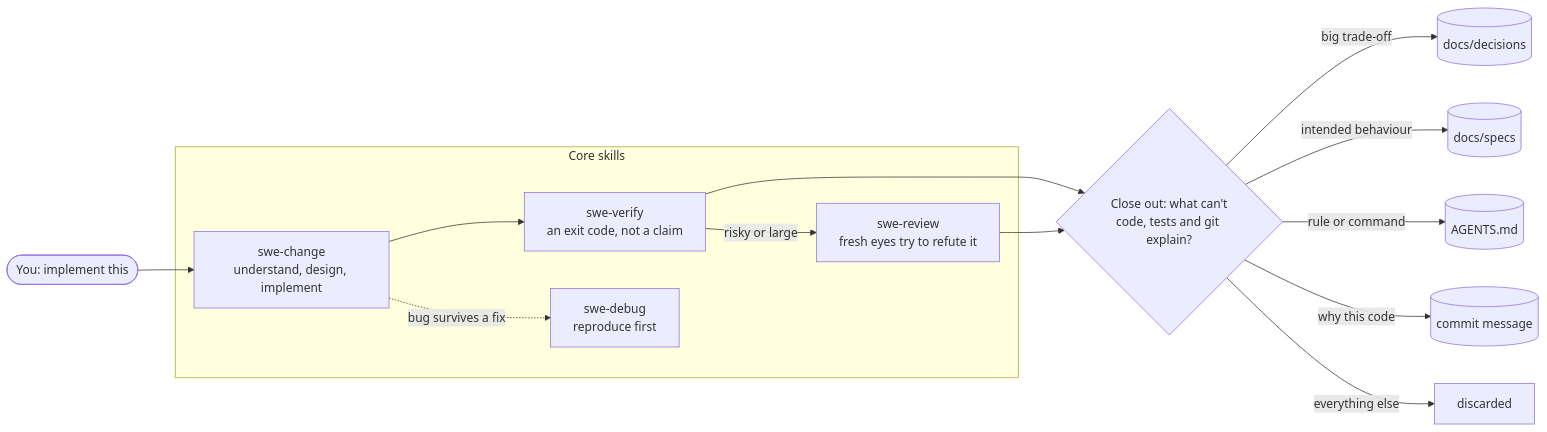
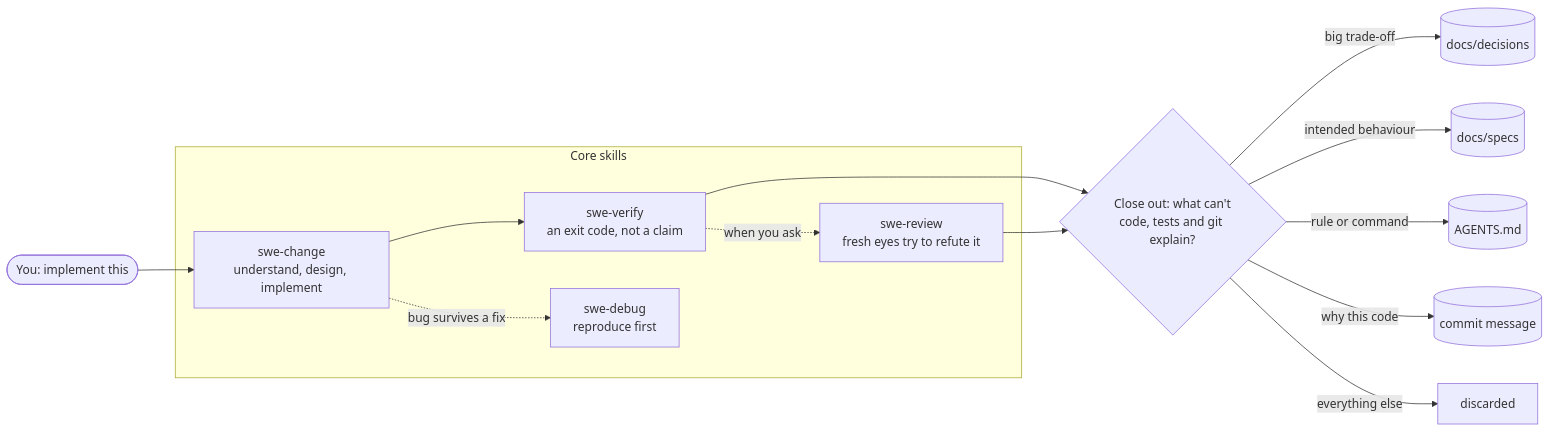
Before and after one commit to Crypto-Gi/swe-harness: the diagram in README.md, drawn with Mermaid. The commit also changed other lines of this file and 13 other files, not shown here.

First line of the commit message:
Run swe-review only when the user asks

````diff
--- a/README.md
+++ b/README.md
@@ -13,16 +13,16 @@
 ```mermaid
 flowchart LR
     U(["You: implement this"]) --> C
     subgraph core ["Core skills"]
         C["swe-change<br/>understand, design, implement"] --> V["swe-verify<br/>an exit code, not a claim"]
-        V -->|risky or large| R["swe-review<br/>fresh eyes try to refute it"]
+        V -.->|when you ask| R["swe-review<br/>fresh eyes try to refute it"]
         C -.->|bug survives a fix| D["swe-debug<br/>reproduce first"]
     end
     V --> K{"Close out: what can't<br/>code, tests and git explain?"}
     R --> K
     K -->|big trade-off| DEC[("docs/decisions")]
     K -->|intended behaviour| SPEC[("docs/specs")]
     K -->|rule or command| AG[("AGENTS.md")]
     K -->|why this code| GIT[("commit message")]
     K -->|everything else| X["discarded"]
 ```
````
